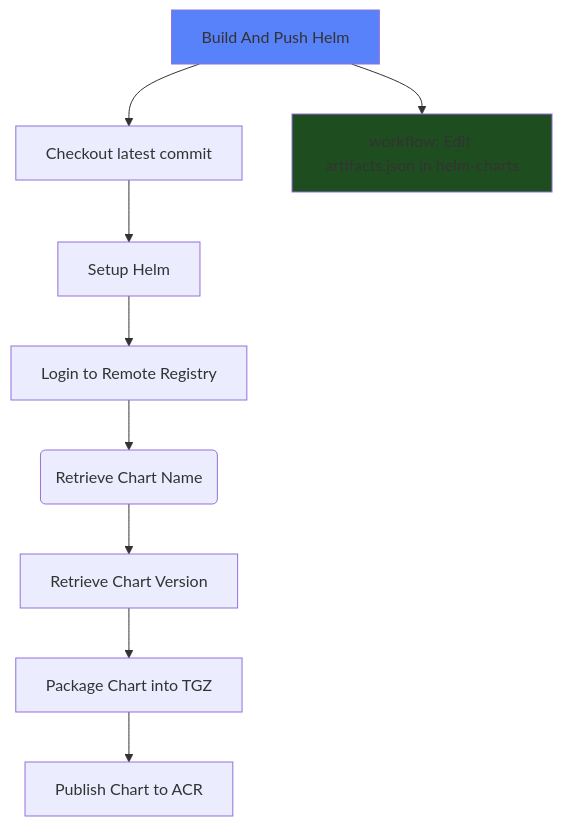
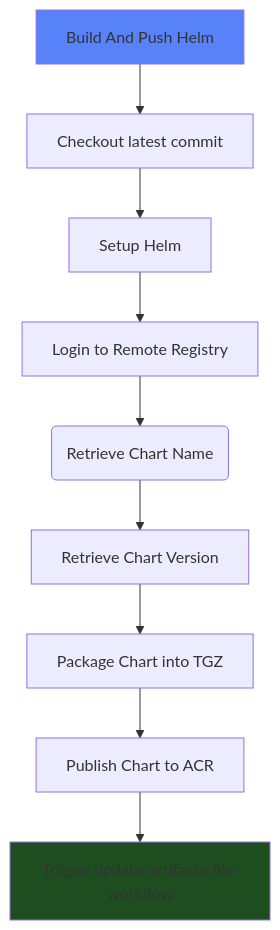
Before and after one commit to MapColonies/shared-workflows: the second of 5 diagrams in README.md, drawn with Mermaid. The commit also changed other lines of this file, not shown here.

Commit message:
docs: refactored related workflow

````diff
--- a/README.md
+++ b/README.md
@@ -38,13 +38,13 @@
 ```mermaid
 flowchart TD
     classDef head fill:#5882FA
     classDef workflow fill:#1E4E20
     A[Build And Push Helm]:::head --> B[Checkout latest commit]
     B --> C[Setup Helm]
     C --> D[Login to Remote Registry]
     D --> E(Retrieve Chart Name)
     E --> F[Retrieve Chart Version]
     F --> G[Package Chart into TGZ]
     G --> H[Publish Chart to ACR]
-    A --> I[workflow: Edit artifacts.json in helm-charts]:::workflow
+    H --> I[Trigger update-artifacts-file workflow]:::workflow
 ```
````
